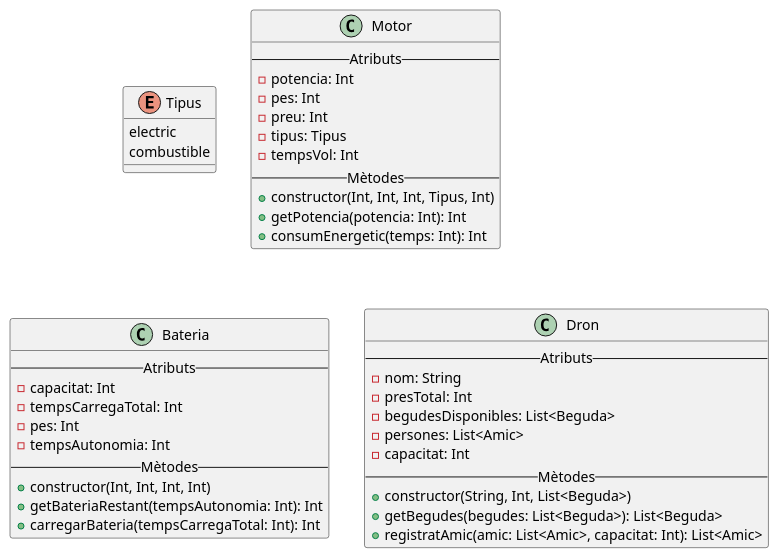
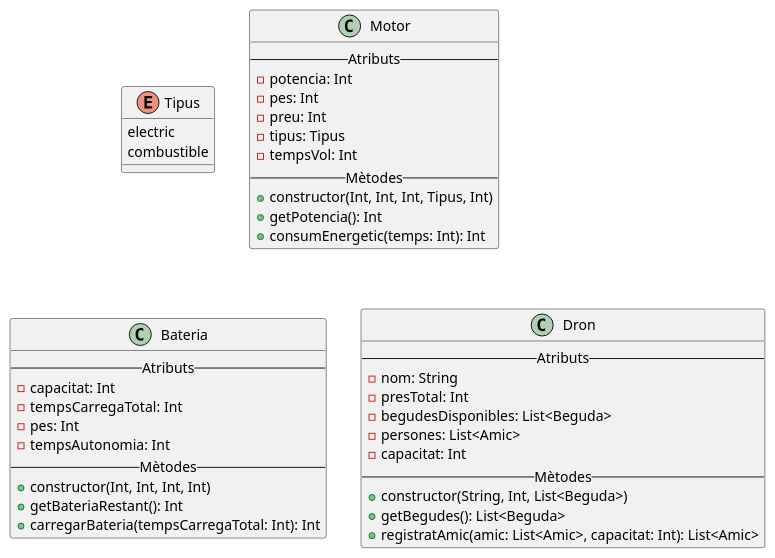
Before and after one commit to Dani-Alarcon/M5-A08-Disseny-de-diagrames-Classes-Dani-Alarcon: the diagram in src/main/kotlin/uml/Exercici7-Dron.puml, drawn with PlantUML. The commit also changed 3 other files, not shown here.

```diff
--- a/src/main/kotlin/uml/Exercici7-Dron.puml
+++ b/src/main/kotlin/uml/Exercici7-Dron.puml
@@ -1,47 +1,47 @@
 @startuml
 'https://plantuml.com/class-diagram
 
 enum Tipus {
     electric
     combustible
 }
 
 class Motor{
     -- Atributs --
     - potencia: Int
     - pes: Int
     - preu: Int
     - tipus: Tipus
     - tempsVol: Int
     -- Mètodes --
     + constructor(Int, Int, Int, Tipus, Int)
-    + getPotencia(potencia: Int): Int
+    + getPotencia(): Int
     + consumEnergetic(temps: Int): Int
 }
 
 class Bateria {
     -- Atributs --
     - capacitat: Int
     - tempsCarregaTotal: Int
     - pes: Int
     - tempsAutonomia: Int
     -- Mètodes --
     + constructor(Int, Int, Int, Int)
-    + getBateriaRestant(tempsAutonomia: Int): Int
+    + getBateriaRestant(): Int
     + carregarBateria(tempsCarregaTotal: Int): Int
 }
 
 class Dron {
     -- Atributs --
     - nom: String
     - presTotal: Int
     - begudesDisponibles: List<Beguda>
     - persones: List<Amic>
     - capacitat: Int
     -- Mètodes --
     + constructor(String, Int, List<Beguda>)
-    + getBegudes(begudes: List<Beguda>): List<Beguda>
+    + getBegudes(): List<Beguda>
     + registratAmic(amic: List<Amic>, capacitat: Int): List<Amic>
 }
 
 @enduml
```
